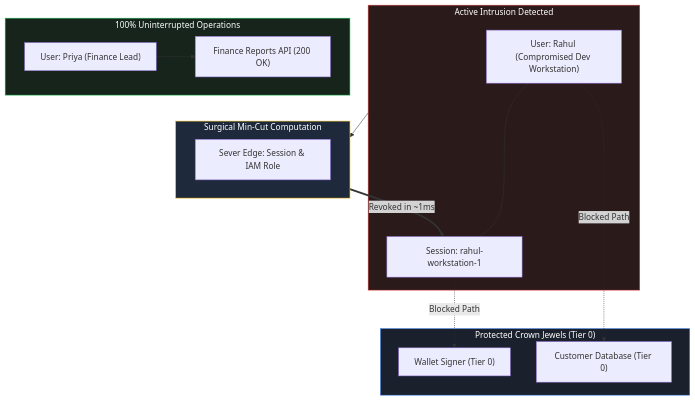
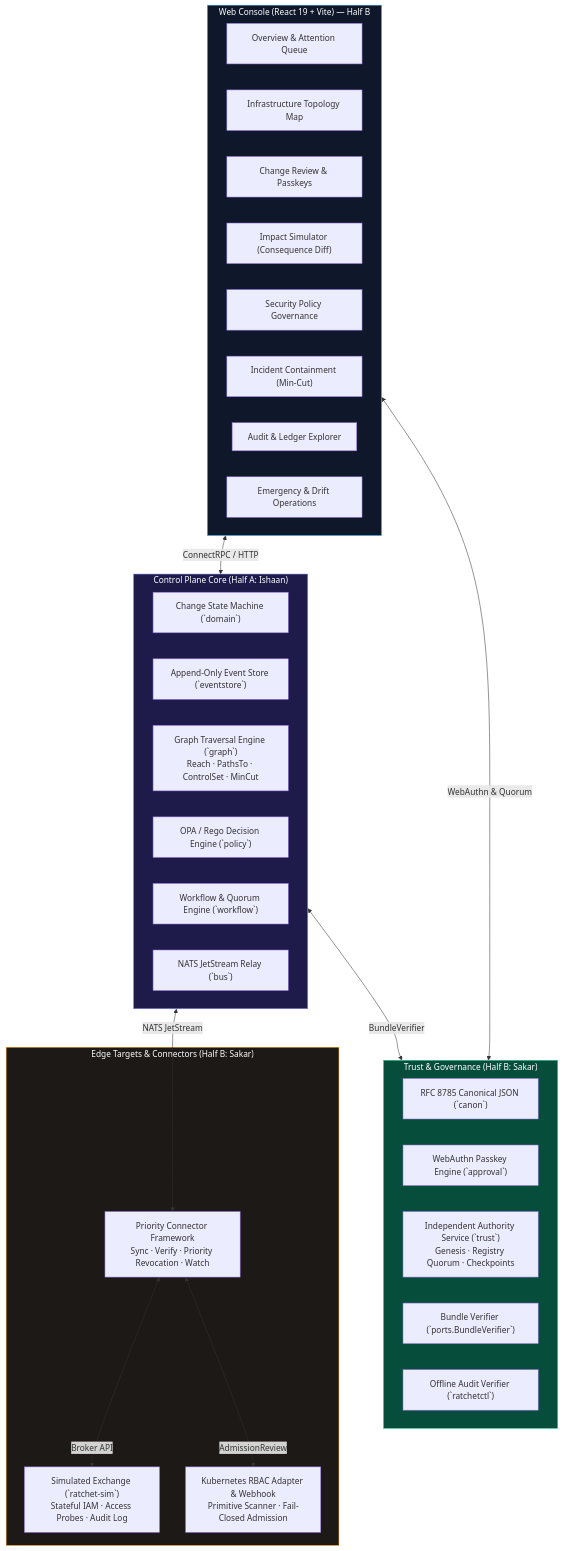
The fourth of 4 diagrams in README.md (sakararya43-web/Ratchet), drawn with Mermaid before and after one commit. The commit also changed other lines of this file, not shown here.

Commit message:
docs(readme): structure sections for hackathon submission (at a glance, the problem, why ratchet, how it works, tech stack, repo layout, honest limits)

````diff
--- a/README.md
+++ b/README.md
@@ -193,31 +202,48 @@
 ```mermaid
-flowchart TD
-    subgraph Incident["Active Intrusion Detected"]
-        R["User: Rahul (Compromised Dev Workstation)"]
-        S["Session: rahul-workstation-1"]
-        R --- S
+graph TD
+    subgraph UI["Web Console (React 19 + Vite) — Half B"]
+        V1["Overview & Attention Queue"]
+        V2["Infrastructure Topology Map"]
+        V3["Change Review & Passkeys"]
+        V4["Impact Simulator (Consequence Diff)"]
+        V5["Security Policy Governance"]
+        V6["Incident Containment (Min-Cut)"]
+        V7["Audit & Ledger Explorer"]
+        V8["Emergency & Drift Operations"]
     end
 
-    subgraph MinCut["Surgical Min-Cut Computation"]
-        Cut["Sever Edge: Session & IAM Role"]
+    subgraph Core["Control Plane Core (Half A: Ishaan)"]
+        SM["Change State Machine (`domain`)"]
+        ES["Append-Only Event Store (`eventstore`)"]
+        GE["Graph Traversal Engine (`graph`)<br/>Reach · PathsTo · ControlSet · MinCut"]
+        PE["OPA / Rego Decision Engine (`policy`)"]
+        WF["Workflow & Quorum Engine (`workflow`)"]
+        JS["NATS JetStream Relay (`bus`)"]
     end
 
-    subgraph CrownJewels["Protected Crown Jewels (Tier 0)"]
-        W["Wallet Signer (Tier 0)"]
-        DB["Customer Database (Tier 0)"]
+    subgraph Trust["Trust & Governance (Half B: Sakar)"]
+        CJ["RFC 8785 Canonical JSON (`canon`)"]
+        WV["WebAuthn Passkey Engine (`approval`)"]
+        IA["Independent Authority Service (`trust`)<br/>Genesis · Registry Quorum · Checkpoints"]
+        BV["Bundle Verifier (`ports.BundleVerifier`)"]
+        CLI["Offline Audit Verifier (`ratchetctl`)"]
     end
 
-    subgraph Unaffected["100% Uninterrupted Operations"]
-        P["User: Priya (Finance Lead)"] --> FR["Finance Reports API (200 OK)"]
+    subgraph Edges["Edge Targets & Connectors (Half B: Sakar)"]
+        SIM["Simulated Exchange (`ratchet-sim`)<br/>Stateful IAM · Access Probes · Audit Log"]
+        CONN["Priority Connector Framework<br/>Sync · Verify · Priority Revocation · Watch"]
+        K8S["Kubernetes RBAC Adapter & Webhook<br/>Primitive Scanner · Fail-Closed Admission"]
     end
 
-    S -.->|"Blocked Path"| W
-    R -.->|"Blocked Path"| DB
-    Incident --> MinCut
-    MinCut ==>|"Revoked in ~1ms"| S
+    UI <-->|ConnectRPC / HTTP| Core
+    UI <-->|WebAuthn & Quorum| Trust
+    Core <-->|BundleVerifier| Trust
+    Core <-->|NATS JetStream| CONN
+    CONN <-->|Broker API| SIM
+    CONN <-->|AdmissionReview| K8S
 
-    style Incident fill:#2a1a1a,stroke:#e53e3e,color:#fff
-    style MinCut fill:#1e293b,stroke:#eab308,color:#fff
-    style CrownJewels fill:#1a202c,stroke:#3b82f6,color:#fff
-    style Unaffected fill:#16241b,stroke:#22c55e,color:#fff
+    style UI fill:#0f172a,stroke:#38bdf8,color:#fff
+    style Core fill:#1e1b4b,stroke:#818cf8,color:#fff
+    style Trust fill:#064e3b,stroke:#34d399,color:#fff
+    style Edges fill:#1c1917,stroke:#f59e0b,color:#fff
 ```
````
